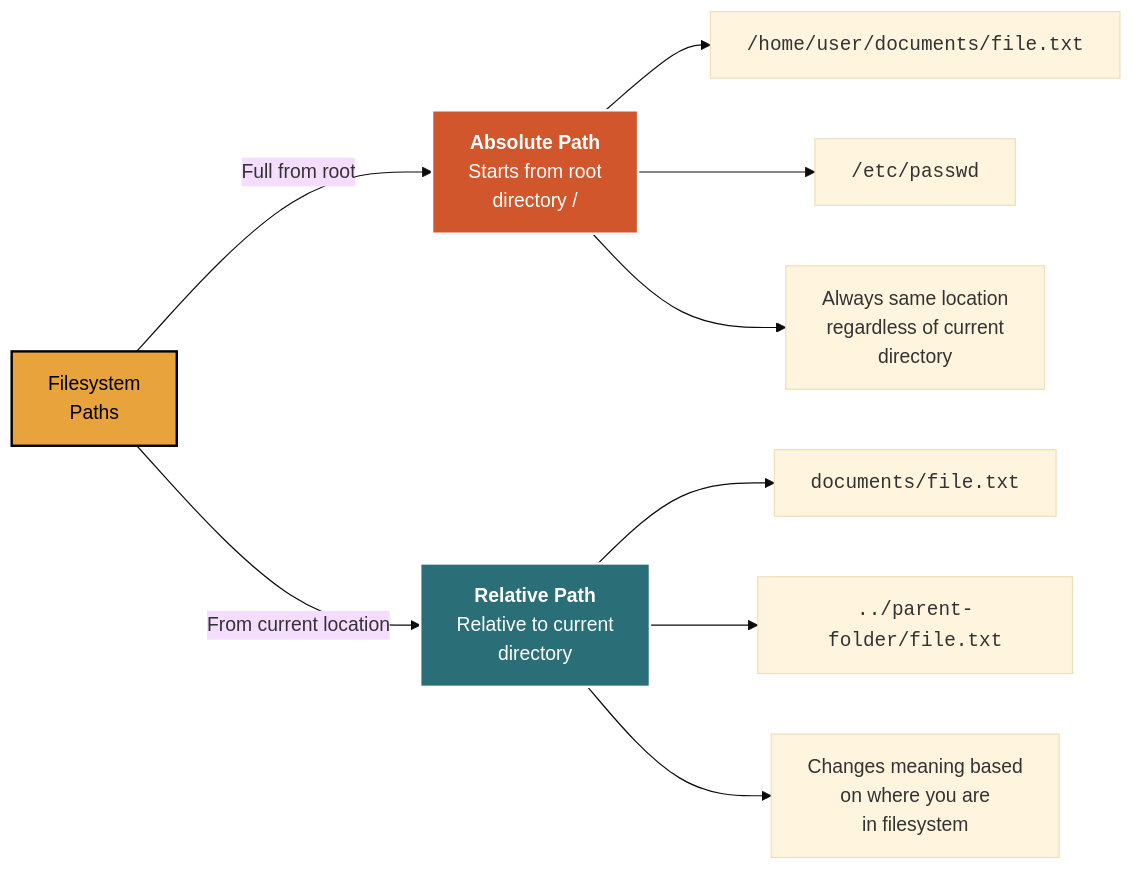
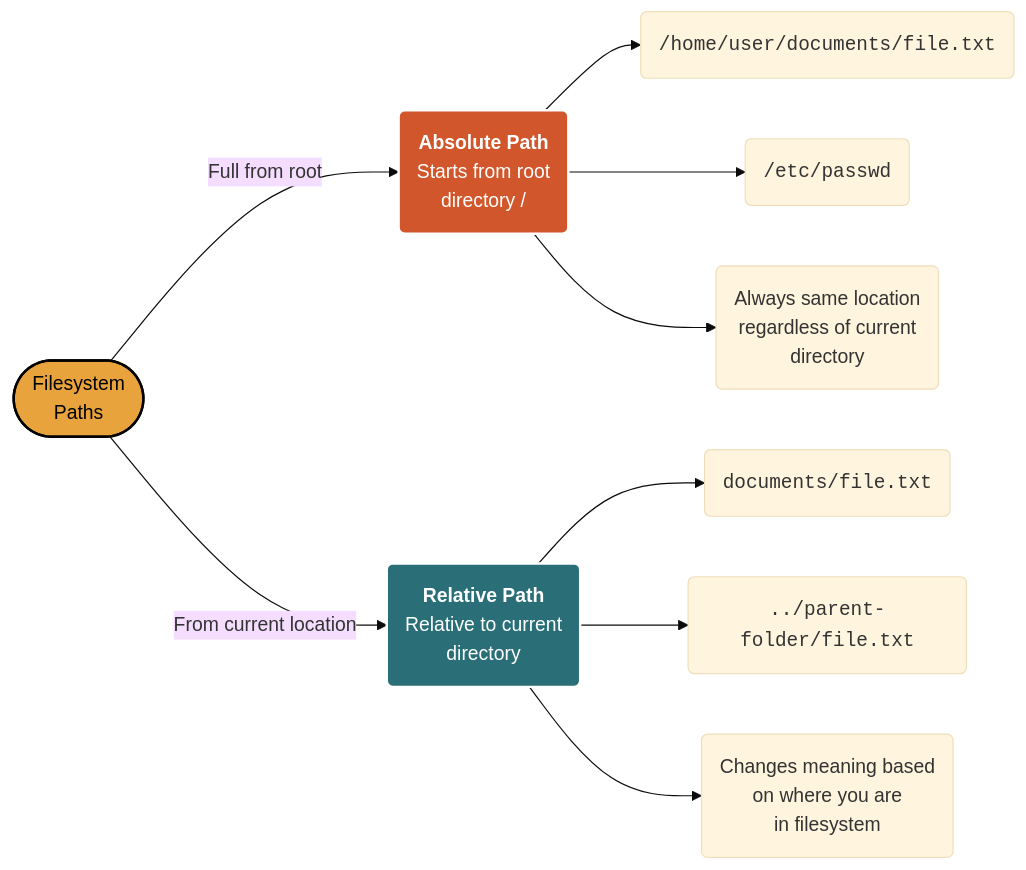
One commit to mjfrigaard/do4ds-labs changed the second of 4 diagrams in lab09.qmd. Above: the diagram before and after it, drawn with Mermaid. The commit also changed other lines of this file and 69 other files, not shown here.

Commit message:
style review fixes; mermaid look; lab07 model scripts and workflow deps

````diff
--- a/lab09.qmd
+++ b/lab09.qmd
@@ -64,34 +66,34 @@
 ```{mermaid}
 %%| fig-cap: 'Absolute vs Relative Paths'
 %%| fig-width: 8.0
 %%| fig-align: 'center'
-%%{init: {'theme': 'base', 'themeVariables': {'fontFamily': 'monospace'}}}%%
+%%{init: {'theme': 'base', 'look': 'classic', 'themeVariables': {'fontFamily': 'monospace'}}}%%
 
 graph LR
-    Path["Filesystem<br>Paths"]
+    Path(["Filesystem<br>Paths"])
 
-    Absolute["<strong>Absolute Path</strong><br/>Starts from root<br>directory /"]
-    AbEx1["<code>/home/user/documents/file.txt</code>"]
-    AbEx2["<code>/etc/passwd</code>"]
-    AbDescr["Always same location<br>regardless of current<br>directory"]
+    Absolute("<strong>Absolute Path</strong><br/>Starts from root<br>directory /")
+    AbEx1("<code>/home/user/documents/file.txt</code>")
+    AbEx2("<code>/etc/passwd</code>")
+    AbDescr("Always same location<br>regardless of current<br>directory")
 
-    Relative["<strong>Relative Path</strong><br/>Relative to current<br>directory"]
-    RelEx1["<code>documents/file.txt</code>"]
-    RelEx2["<code>../parent-folder/file.txt</code>"]
-    RelDescr["Changes meaning based<br>on where you are<br>in filesystem"]
+    Relative("<strong>Relative Path</strong><br/>Relative to current<br>directory")
+    RelEx1("<code>documents/file.txt</code>")
+    RelEx2("<code>../parent-folder/file.txt</code>")
+    RelDescr("Changes meaning based<br>on where you are<br>in filesystem")
 
     Path -->|"Full from root"| Absolute
     Absolute --> AbEx1
     Absolute --> AbEx2
     Absolute --> AbDescr
 
     Path -->|"From current location"| Relative
     Relative --> RelEx1
     Relative --> RelEx2
     Relative --> RelDescr
 
     style Path fill:#e8a33d,stroke:#000,stroke-width:2px,color:#000
     style Absolute fill:#d2562b,stroke:#fff,stroke-width:2px,color:#fff
     style Relative fill:#2a6f77,stroke:#fff,stroke-width:2px,color:#fff
     
 ```
````
